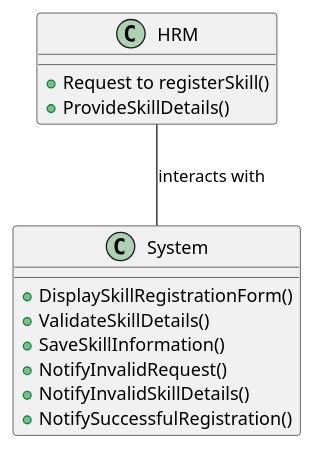
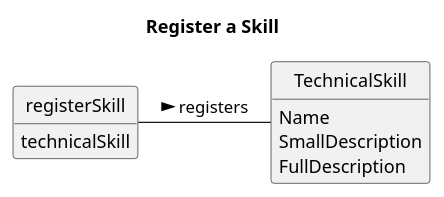
One commit to RicardoMorim/lapr2-ISEP-Project changed the diagram in docs/sprintA/us001/02.analysis/puml/us001-domain-model.puml. Above: the diagram before and after it, drawn with PlantUML. The commit also changed 5 other files, not shown here.

```diff
--- a/docs/sprintA/us001/02.analysis/puml/us001-domain-model.puml
+++ b/docs/sprintA/us001/02.analysis/puml/us001-domain-model.puml
@@ -1,18 +1,20 @@
 @startuml
-class HRM {
-    + Request to registerSkill()
-    + ProvideSkillDetails()
+
+hide circle
+hide methods
+
+title Register a Skill
+
+class registerSkill {
+    technicalSkill
 }
 
-class System {
-    + DisplaySkillRegistrationForm()
-    + ValidateSkillDetails()
-    + SaveSkillInformation()
-    + NotifyInvalidRequest()
-    + NotifyInvalidSkillDetails()
-    + NotifySuccessfulRegistration()
+class TechnicalSkill{
+    Name
+    SmallDescription
+    FullDescription
 }
 
-HRM -- System : interacts with
+registerSkill -  TechnicalSkill : registers >
 
 @enduml
```
